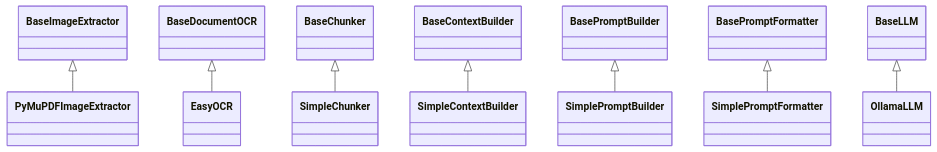
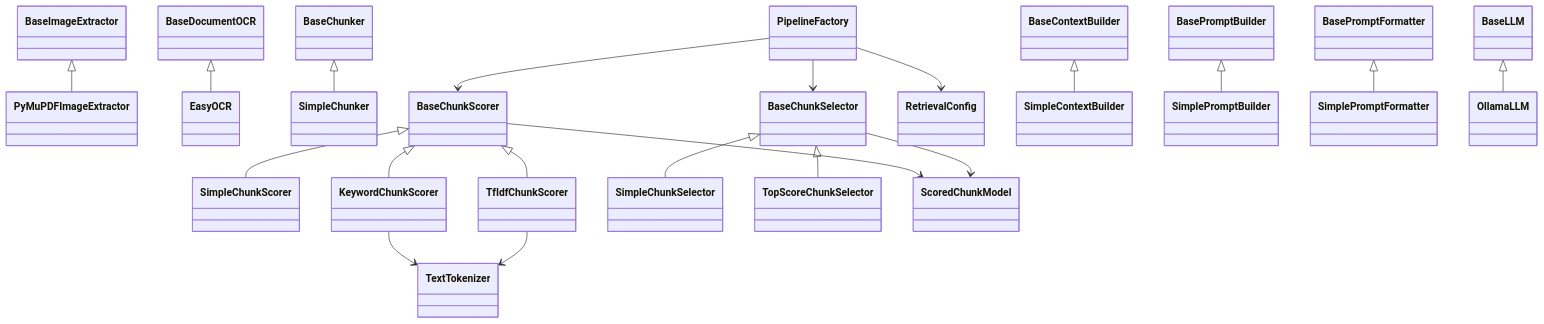
One commit to omidghahary/DocumentAI changed the second of 2 diagrams in README.md. Above: the diagram before and after it, drawn with Mermaid. The commit also changed other lines of this file, not shown here.

Commit message:
docs: update README for retrieval architecture

````diff
--- a/README.md
+++ b/README.md
@@ -76,10 +90,69 @@
 ```mermaid
 classDiagram
+
+    class BaseImageExtractor
+    class PyMuPDFImageExtractor
+
+    class BaseDocumentOCR
+    class EasyOCR
+
+    class BaseChunker
+    class SimpleChunker
+
+    class BaseChunkScorer
+    class SimpleChunkScorer
+    class KeywordChunkScorer
+    class TfIdfChunkScorer
+
+    class BaseChunkSelector
+    class SimpleChunkSelector
+    class TopScoreChunkSelector
+
+    class TextTokenizer
+    class ScoredChunkModel
+    class RetrievalConfig
+    class PipelineFactory
+
+    class BaseContextBuilder
+    class SimpleContextBuilder
+
+    class BasePromptBuilder
+    class SimplePromptBuilder
+
+    class BasePromptFormatter
+    class SimplePromptFormatter
+
+    class BaseLLM
+    class OllamaLLM
+
     BaseImageExtractor <|-- PyMuPDFImageExtractor
+
     BaseDocumentOCR <|-- EasyOCR
+
     BaseChunker <|-- SimpleChunker
+
+    BaseChunkScorer <|-- SimpleChunkScorer
+    BaseChunkScorer <|-- KeywordChunkScorer
+    BaseChunkScorer <|-- TfIdfChunkScorer
+
+    BaseChunkSelector <|-- SimpleChunkSelector
+    BaseChunkSelector <|-- TopScoreChunkSelector
+
     BaseContextBuilder <|-- SimpleContextBuilder
+
     BasePromptBuilder <|-- SimplePromptBuilder
+
     BasePromptFormatter <|-- SimplePromptFormatter
+
     BaseLLM <|-- OllamaLLM
+
+    PipelineFactory --> RetrievalConfig
+    PipelineFactory --> BaseChunkScorer
+    PipelineFactory --> BaseChunkSelector
+
+    KeywordChunkScorer --> TextTokenizer
+    TfIdfChunkScorer --> TextTokenizer
+
+    BaseChunkScorer --> ScoredChunkModel
+    BaseChunkSelector --> ScoredChunkModel
 ```
````
